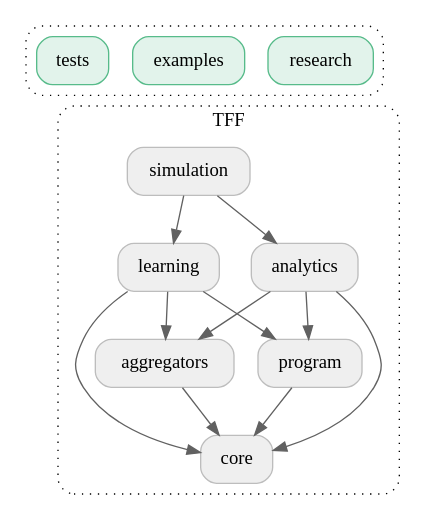
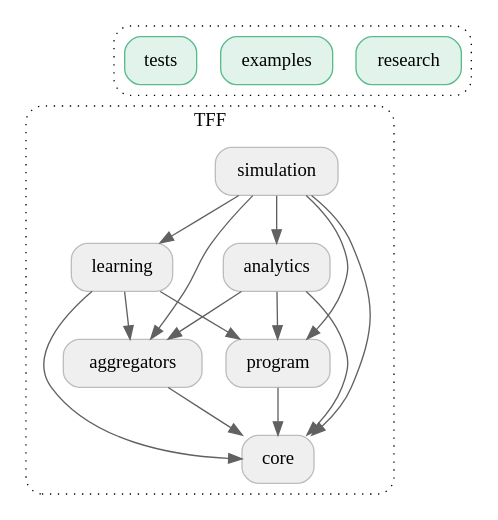
Before and after one commit to google-parfait/tensorflow-federated: the diagram in docs/design/package_structure_overview.dot, drawn with Graphviz. The commit also changed 1 other file, not shown here.

```diff
--- a/docs/design/package_structure_overview.dot
+++ b/docs/design/package_structure_overview.dot
@@ -1,36 +1,39 @@
 digraph {
   graph [style="dotted,rounded"]
   node [shape="box", style="rounded,filled", fillcolor="#efefef", color="#bdbdbd"]
   edge [color="#616161"]
 
   subgraph cluster_users {
     research [href="https://github.com/google-research/federated/blob/master" target="_parent", fillcolor="#E2F3EB", color="#57BB8A"]
     examples [href="https://github.com/tensorflow/federated/blob/main/tensorflow_federated/examples" target="_parent", fillcolor="#E2F3EB", color="#57BB8A"]
     tests [href="https://github.com/tensorflow/federated/blob/main/tensorflow_federated/python/tests" target="_parent", fillcolor="#E2F3EB", color="#57BB8A"]
   }
 
   research -> simulation [arrowhead="none", style="invisible"]
   examples -> simulation [arrowhead="none", style="invisible"]
   tests -> simulation [arrowhead="none", style="invisible"]
 
   subgraph cluster_tff {
     graph [label="TFF", href="https://github.com/tensorflow/federated/blob/main/tensorflow_federated" target="_parent"]
     simulation [href="#simulation" target="_parent"]
     learning [href="#learning" target="_parent"]
     analytics [href="#analytics" target="_parent"]
     aggregators [href="https://github.com/tensorflow/federated/blob/main/tensorflow_federated/python/aggregators" target="_parent"]
     program [href="https://github.com/tensorflow/federated/blob/main/tensorflow_federated/python/program" target="_parent"]
     core [href="#core" target="_parent"]
   }
 
   simulation -> analytics
   simulation -> learning
+  simulation -> aggregators
+  simulation -> program
+  simulation -> core
   learning -> aggregators
   learning -> program
   learning -> core
   analytics -> aggregators
   analytics -> program
   analytics -> core
   aggregators -> core
   program -> core
 }
```
